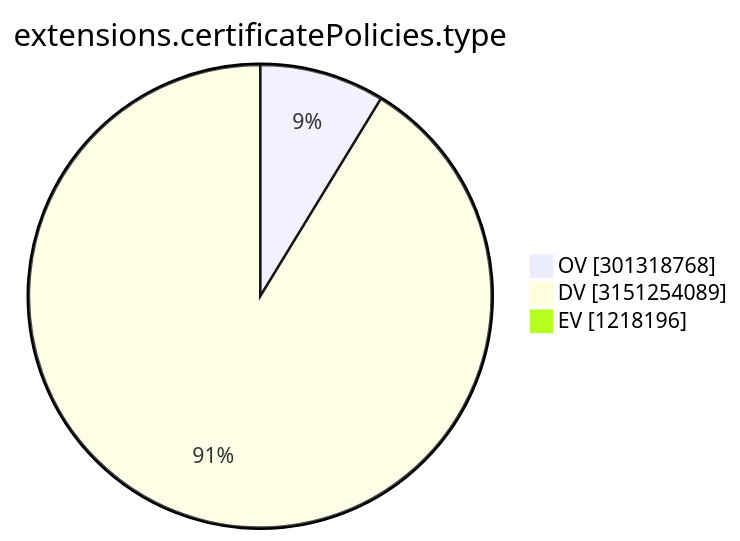
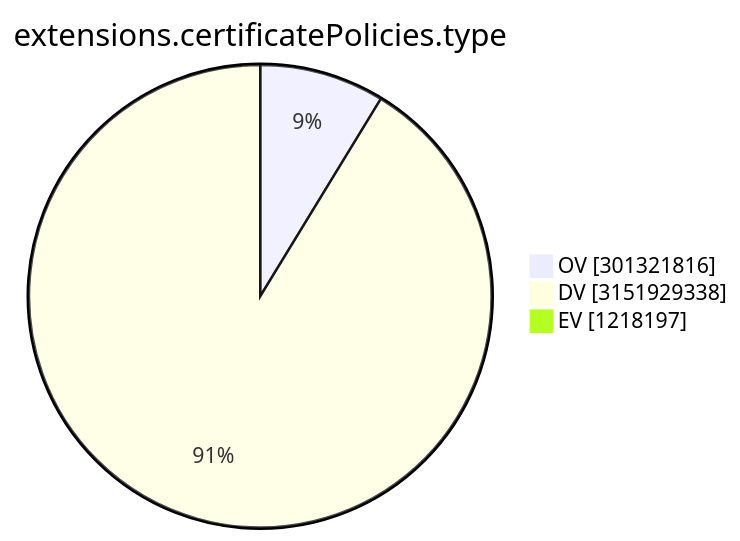
One commit to christiankrug/ctmonitor_visualization changed the ninth of 15 diagrams in TOTAL/README.md. Above: the diagram before and after it, drawn with Mermaid. The commit also changed other lines of this file, not shown here.

````diff
--- a/TOTAL/README.md
+++ b/TOTAL/README.md
@@ -3105,7 +3105,7 @@
 ```mermaid
 pie showData
 title extensions.certificatePolicies.type
-"OV" :301318768
-"DV" :3151254089
-"EV" :1218196
+"OV" :301321816
+"DV" :3151929338
+"EV" :1218197
 ```
````
